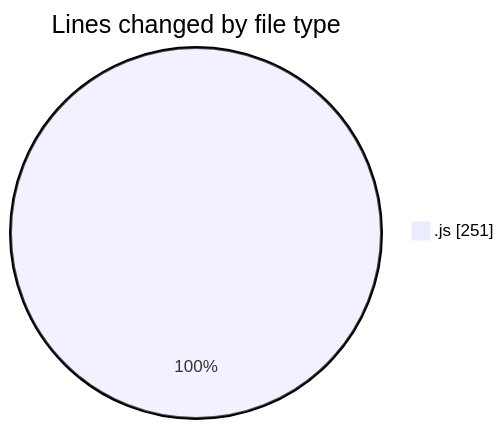
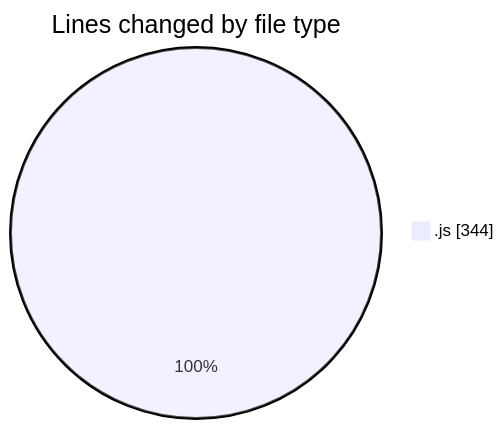
One commit to nxtqubesakshisongat/code-tracking changed the first of 2 diagrams in 2025-06-20/nxtqube_webapp/README.md. Above: the diagram before and after it, drawn with Mermaid. The commit also changed other lines of this file and 1 other file, not shown here.

````diff
--- a/2025-06-20/nxtqube_webapp/README.md
+++ b/2025-06-20/nxtqube_webapp/README.md
@@ -24,5 +24,5 @@
 ```mermaid
 pie showData
 title Lines changed by file type
-".js" : 251
+".js" : 344
 ```
````
